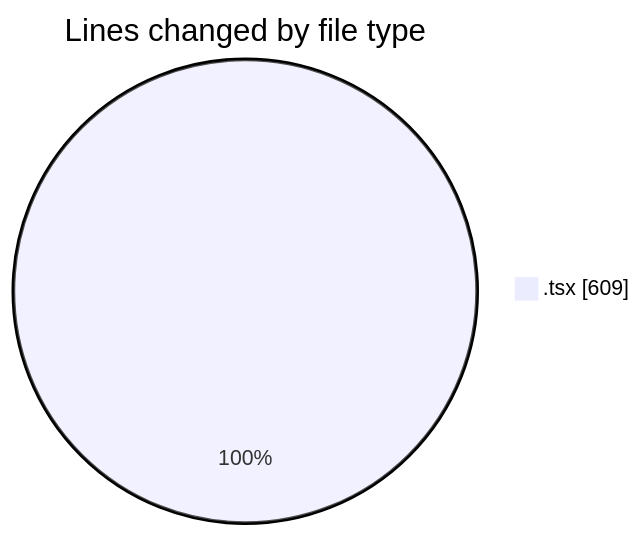
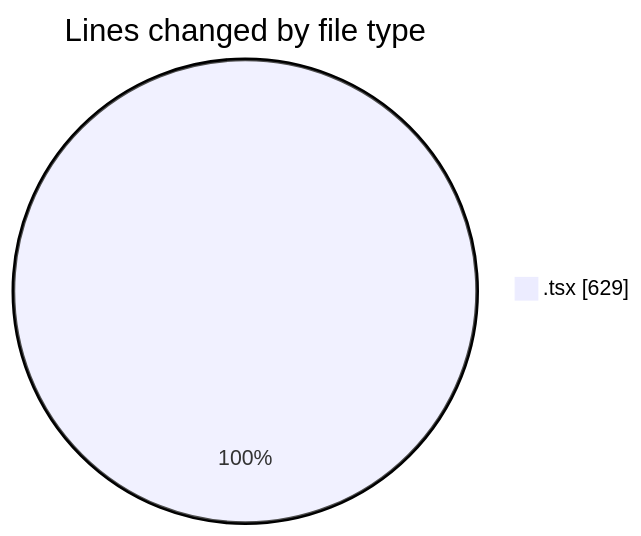
Before and after one commit to momahboobian/code-tracking: the first of 2 diagrams in 2025-02-12/cda/README.md, drawn with Mermaid. The commit also changed other lines of this file and 1 other file, not shown here.

````diff
--- a/2025-02-12/cda/README.md
+++ b/2025-02-12/cda/README.md
@@ -21,5 +21,5 @@
 ```mermaid
 pie showData
 title Lines changed by file type
-".tsx" : 609
+".tsx" : 629
 ```
````
